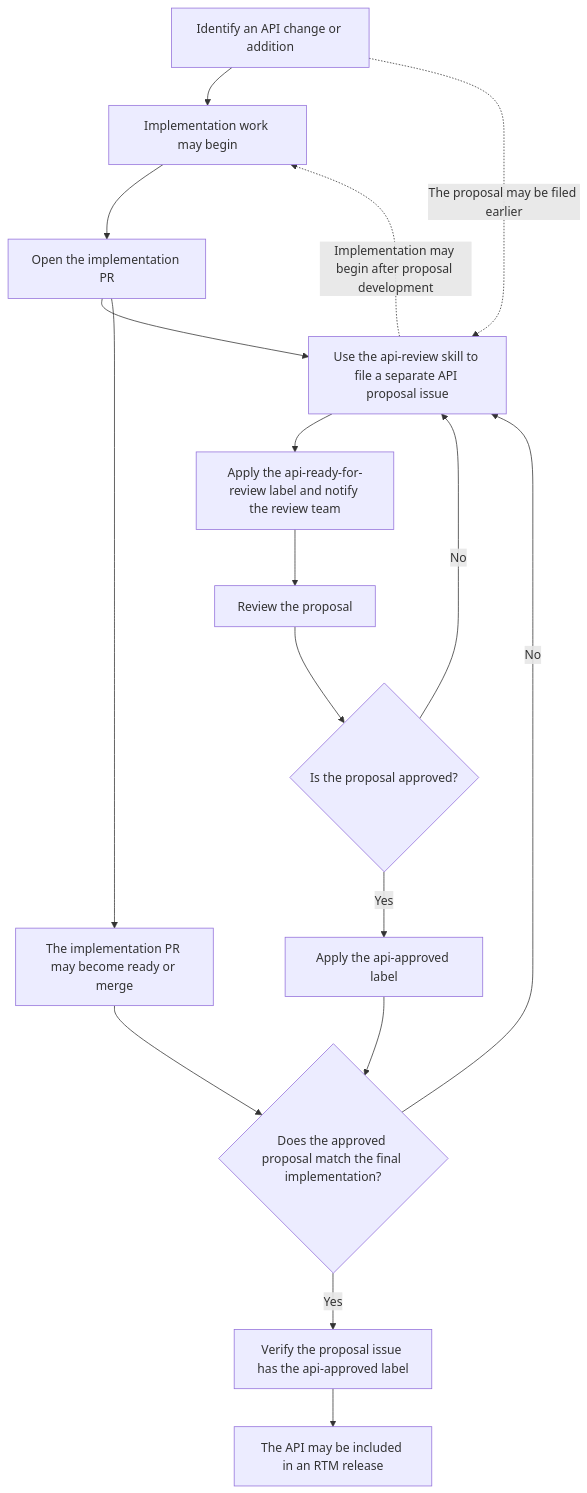
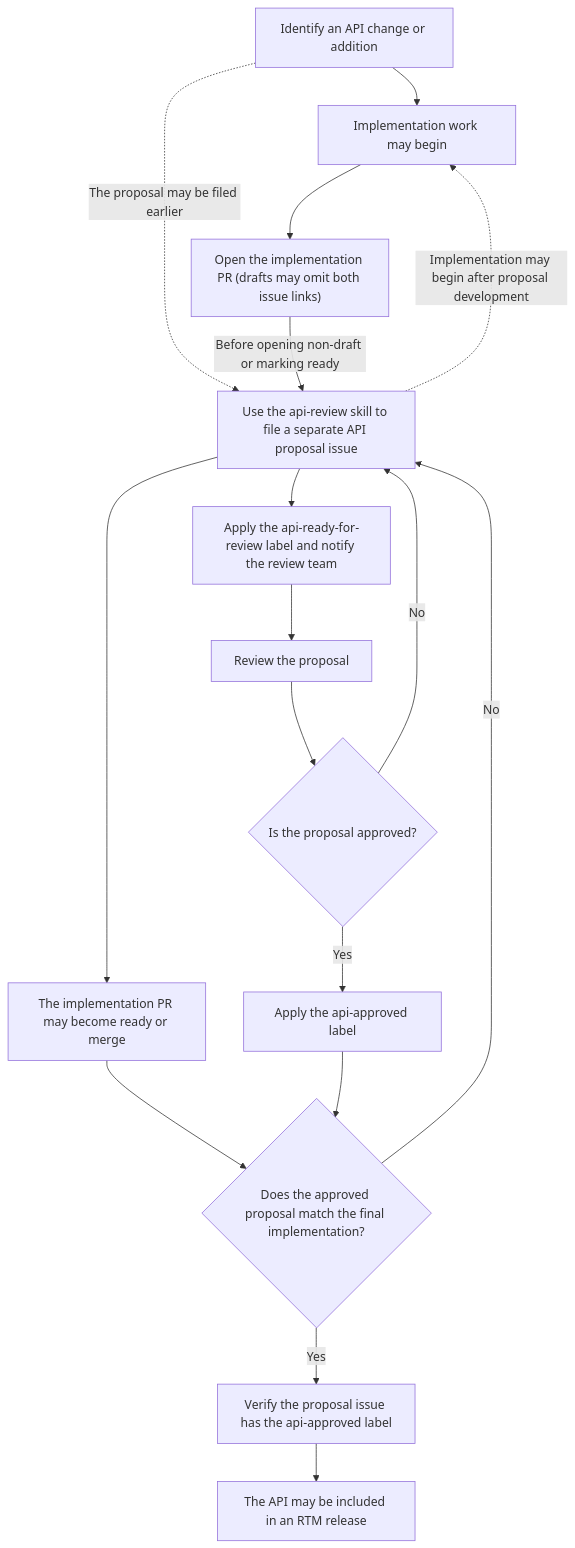
Before and after one commit to dotnet/aspnetcore: the diagram in docs/APIReviewProcess.md, drawn with Mermaid. The commit also changed other lines of this file and 4 other files, not shown here.

Commit message:
Allow draft PRs to defer issue and API proposal links

````diff
--- a/docs/APIReviewProcess.md
+++ b/docs/APIReviewProcess.md
@@ -12,26 +12,26 @@
 ```mermaid
 flowchart TD
     identify["Identify an API change or addition"]
     implementation["Implementation work may begin"]
-    open["Open the implementation PR"]
+    open["Open the implementation PR (drafts may omit both issue links)"]
     proposal["Use the api-review skill to file a separate API proposal issue"]
     merge["The implementation PR may become ready or merge"]
     ready["Apply the api-ready-for-review label and notify the review team"]
     review["Review the proposal"]
     approved{"Is the proposal approved?"}
     label["Apply the api-approved label"]
     final{"Does the approved proposal match the final implementation?"}
     verify["Verify the proposal issue has the api-approved label"]
     rtm["The API may be included in an RTM release"]
 
     identify --> implementation --> open
     identify -. The proposal may be filed earlier .-> proposal
     proposal -. Implementation may begin after proposal development .-> implementation
-    open --> proposal
-    open --> merge --> final
+    open -- Before opening non-draft or marking ready --> proposal
+    proposal --> merge --> final
     proposal --> ready --> review --> approved
     approved -- No --> proposal
     approved -- Yes --> label --> final
     final -- No --> proposal
     final -- Yes --> verify --> rtm
 ```
````
